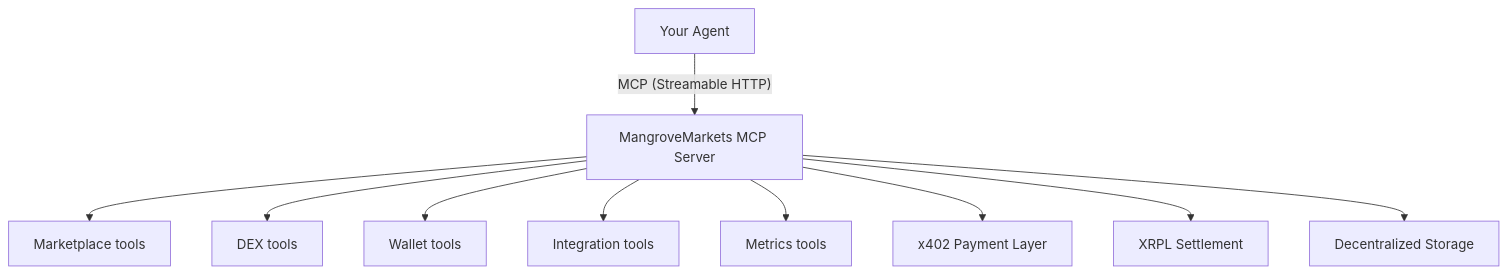
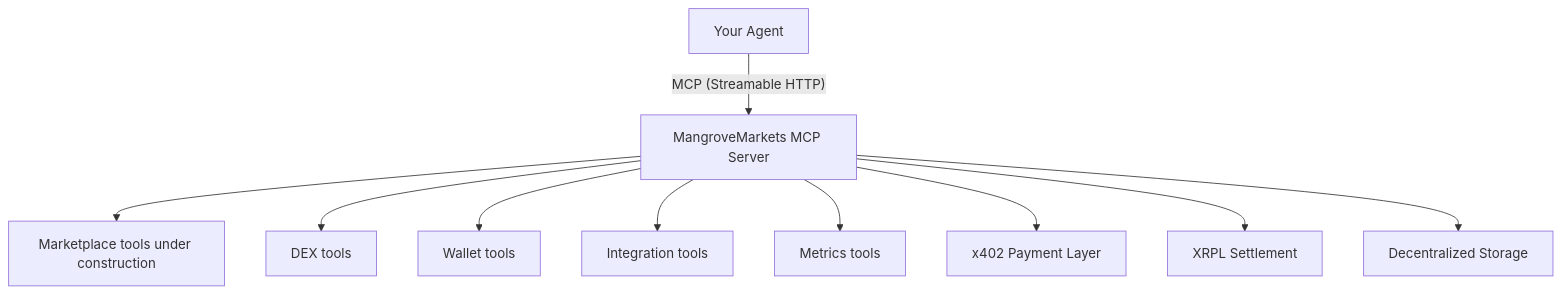
One commit to MangroveTechnologies/MangroveMarkets changed the first of 2 diagrams in README.md. Above: the diagram before and after it, drawn with Mermaid. The commit also changed other lines of this file and 8 other files, not shown here.

````diff
--- a/README.md
+++ b/README.md
@@ -24,12 +37,12 @@
 ```mermaid
 flowchart TD
     Agent[Your Agent] -->|"MCP (Streamable HTTP)"| Server[MangroveMarkets MCP Server]
-    Server --> MP[Marketplace tools]
+    Server --> MP[Marketplace tools under construction]
     Server --> DEX[DEX tools]
     Server --> W[Wallet tools]
     Server --> INT[Integration tools]
     Server --> MET[Metrics tools]
     Server --> X402[x402 Payment Layer]
     Server --> XRPL[XRPL Settlement]
     Server --> Storage[Decentralized Storage]
 ```
````
